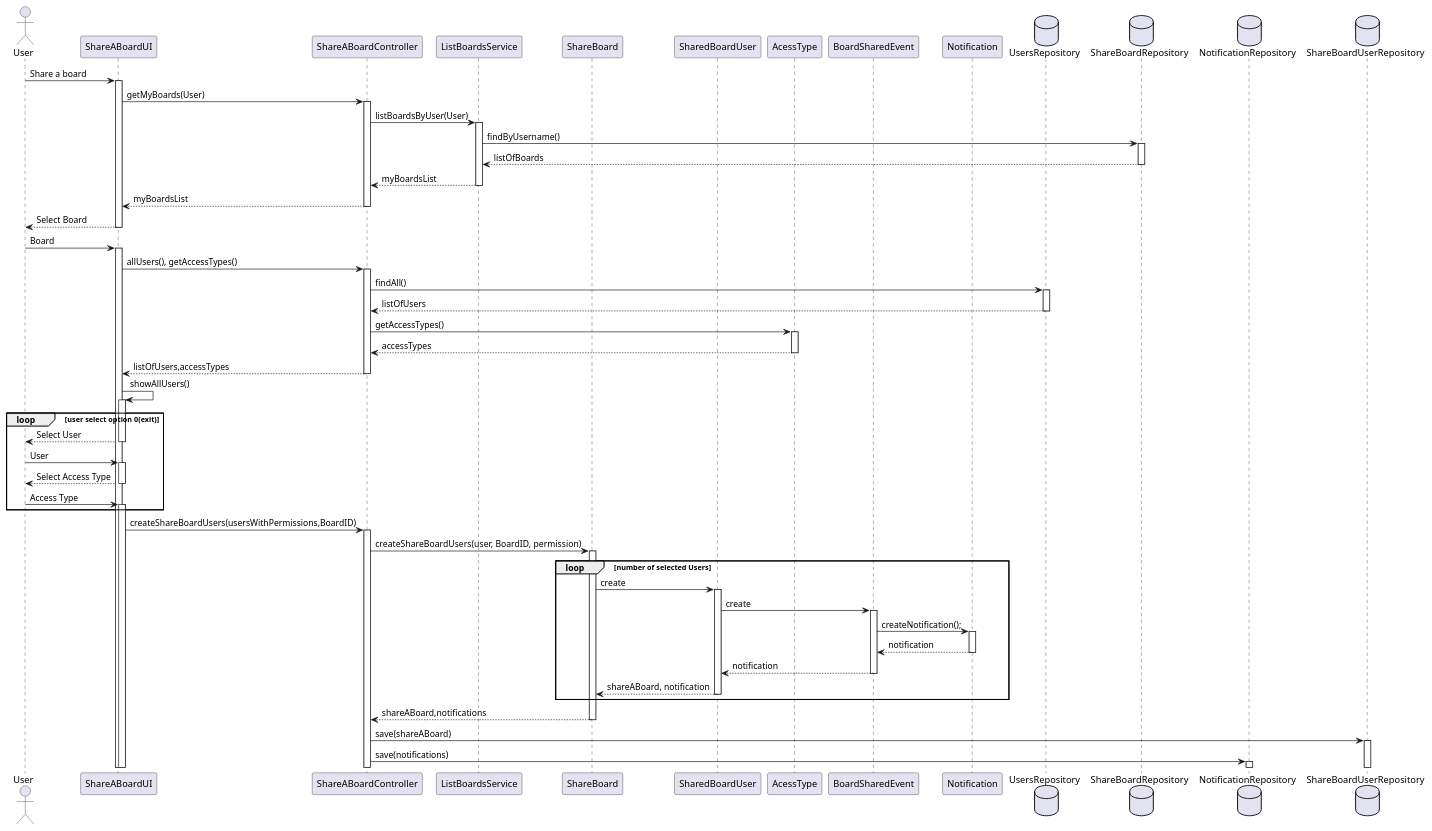
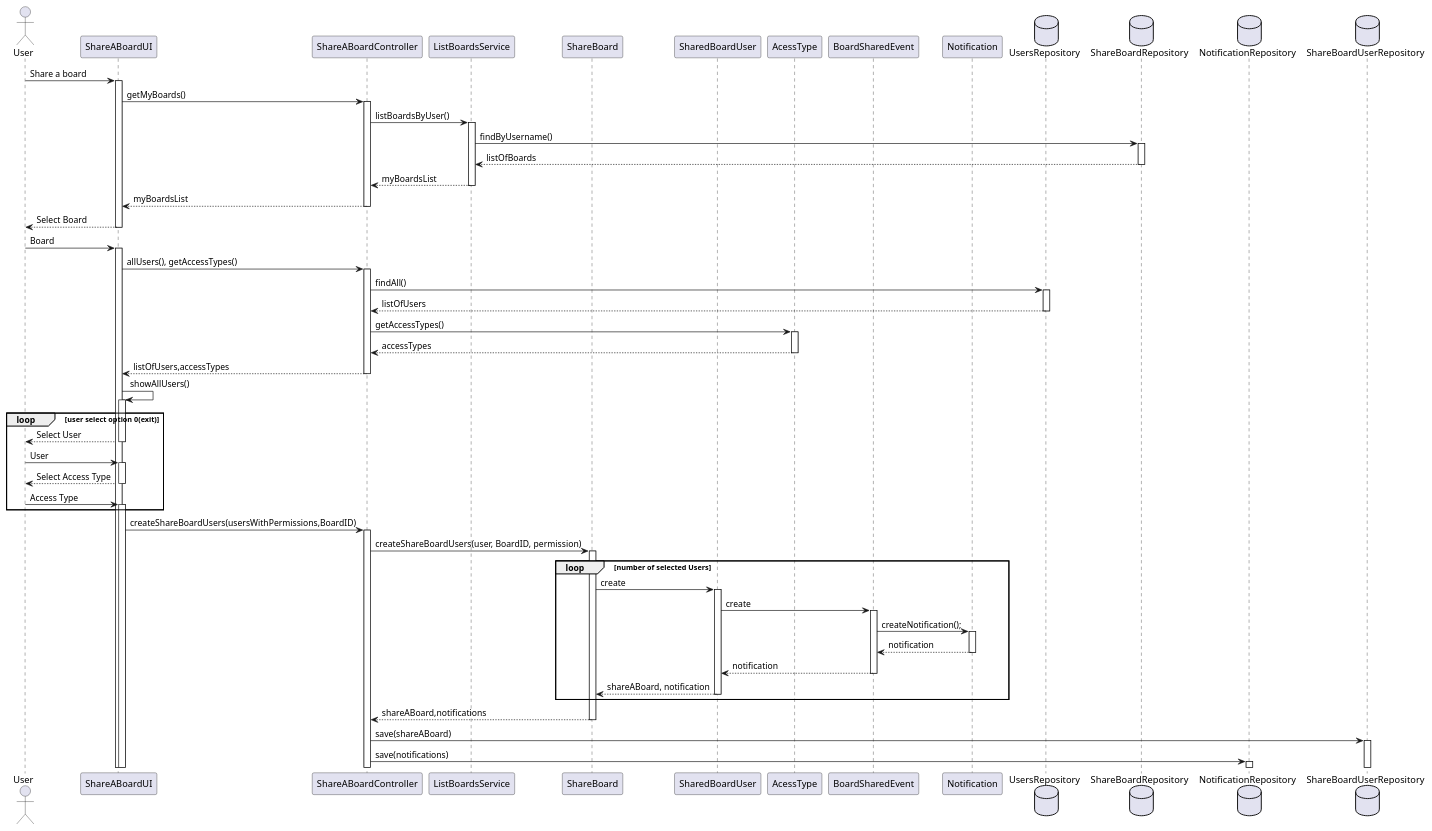
Before and after one commit to mascenso/isep-sem4-lapr4: the diagram in docs/SPRINT C/US3004 - Share a board/US3004-SD.puml, drawn with PlantUML. The commit also changed 15 other files, not shown here.

```diff
--- a/docs/SPRINT C/US3004 - Share a board/US3004-SD.puml
+++ b/docs/SPRINT C/US3004 - Share a board/US3004-SD.puml
@@ -1,63 +1,63 @@
 @startuml
 
 autoactivate on
 
 actor User as U
 participant "ShareABoardUI" as UI
 participant "ShareABoardController" as C
 participant "ListBoardsService" as S
 participant "ShareBoard" as SB
 participant "SharedBoardUser" as SBU
 participant "AcessType" as AT
 participant "BoardSharedEvent" as E
 participant "Notification" as N
 database "UsersRepository" as UR
 database "ShareBoardRepository" as SBR
 database "NotificationRepository" as NR
 database "ShareBoardUserRepository" as SBRU
 
 
 U -> UI:Share a board
-UI -> C: getMyBoards(User)
-C->S:listBoardsByUser(User)
+UI -> C: getMyBoards()
+C->S:listBoardsByUser()
 S->SBR: findByUsername()
 SBR-->S: listOfBoards
 S-->C: myBoardsList
 C-->UI: myBoardsList
 UI-->U: Select Board
 
 U->UI:Board
 UI -> C: allUsers(), getAccessTypes()
 C -> UR: findAll()
 UR --> C: listOfUsers
 
 C->AT: getAccessTypes()
 AT-->C: accessTypes
 C --> UI: listOfUsers,accessTypes
 
 UI -> UI: showAllUsers()
 
 loop user select option 0(exit)
 UI --> U: Select User
 U -> UI: User
 UI-->U: Select Access Type
 U->UI: Access Type
 end
 
 UI->C:createShareBoardUsers(usersWithPermissions,BoardID)
 C->SB: createShareBoardUsers(user, BoardID, permission)
 
 loop number of selected Users
 SB-> SBU: create
 SBU->E: create
 E->N: createNotification();
 N-->E: notification
 E-->SBU: notification
 SBU-->SB: shareABoard, notification
 end
 
 SB-->C:shareABoard,notifications
 C->SBRU: save(shareABoard)
 C->NR: save(notifications)
 
 @enduml
```
